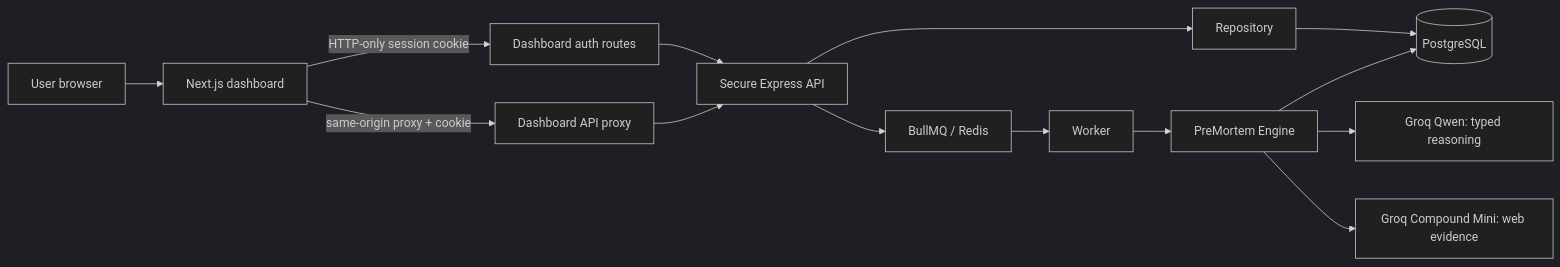
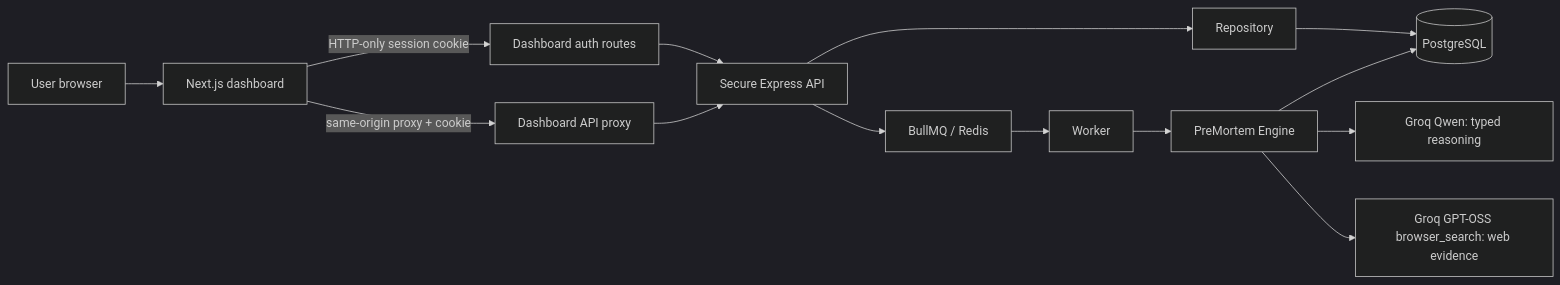
Before and after one commit to pashmees2007-afk/pre_mortem: the diagram in UNIFIED_DASHBOARD_CODE_GUIDE.md, drawn with Mermaid (dark theme). The commit also changed other lines of this file and 11 other files, not shown here.

First line of the commit message:
Switch web-evidence retrieval to GPT-OSS browser_search

````diff
--- a/UNIFIED_DASHBOARD_CODE_GUIDE.md
+++ b/UNIFIED_DASHBOARD_CODE_GUIDE.md
@@ -9,16 +9,16 @@
 ```mermaid
 flowchart LR
   U[User browser] --> D[Next.js dashboard]
   D -->|HTTP-only session cookie| DA[Dashboard auth routes]
   DA --> B[Secure Express API]
   D -->|same-origin proxy + cookie| P[Dashboard API proxy]
   P --> B
   B --> R[Repository]
   R --> PG[(PostgreSQL)]
   B --> Q[BullMQ / Redis]
   Q --> W[Worker]
   W --> E[PreMortem Engine]
   E --> G1[Groq Qwen: typed reasoning]
-  E --> G2[Groq Compound Mini: web evidence]
+  E --> G2[Groq GPT-OSS browser_search: web evidence]
   E --> PG
 ```
````
